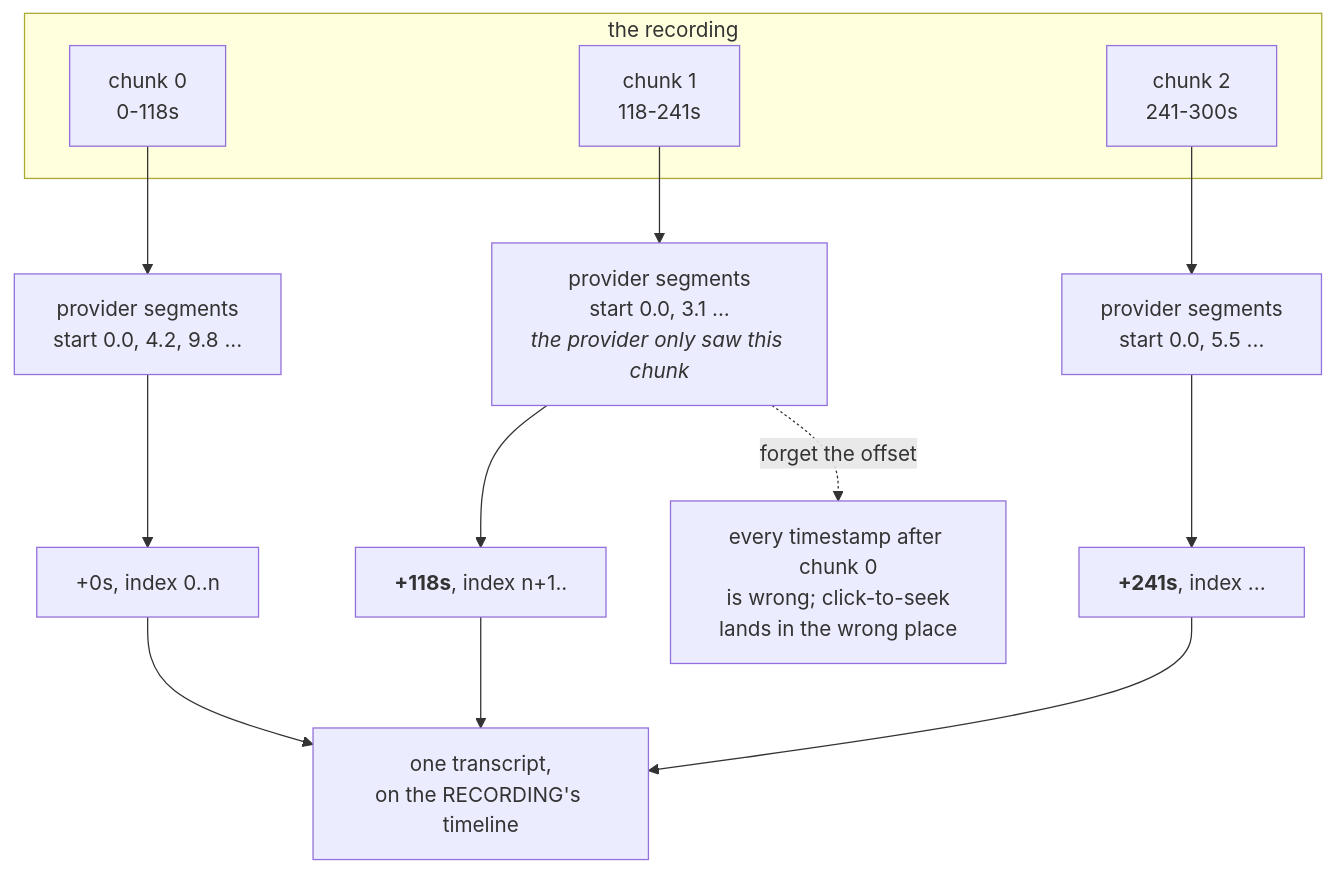
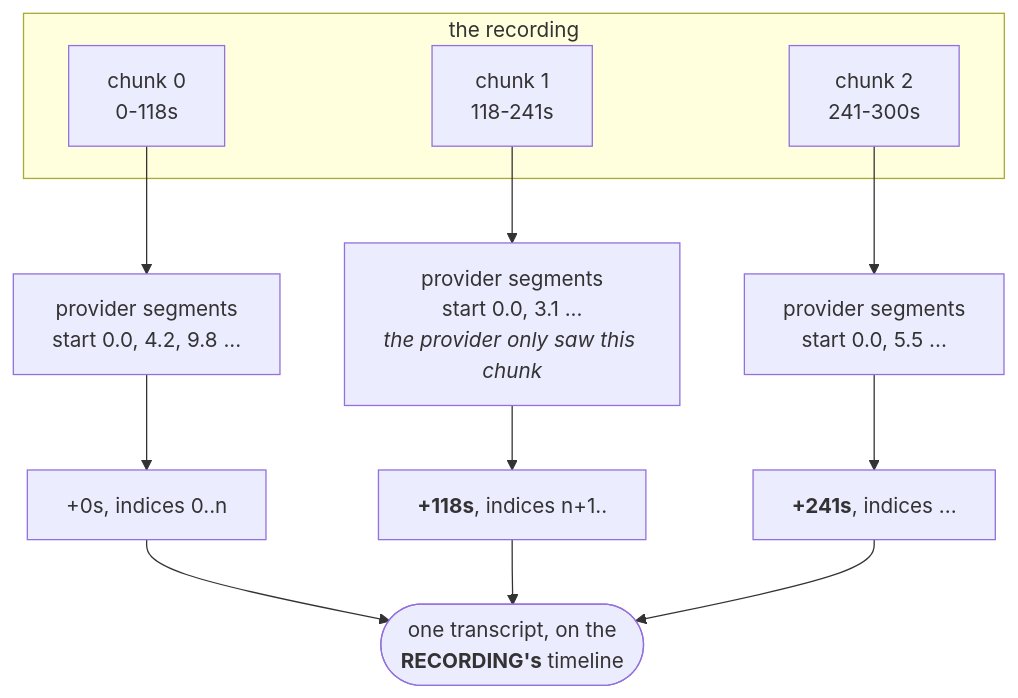
One commit to yrevash/aegis changed the third of 4 diagrams in docs/teaching/voice/40-diagrams.md. Above: the diagram before and after it, drawn with Mermaid. The commit also changed other lines of this file and 111 other files, not shown here.

````diff
--- a/docs/teaching/voice/40-diagrams.md
+++ b/docs/teaching/voice/40-diagrams.md
@@ -163,22 +109,21 @@
 ```mermaid
 flowchart TB
     subgraph REC["the recording"]
         C0["chunk 0<br/>0-118s"]
         C1["chunk 1<br/>118-241s"]
         C2["chunk 2<br/>241-300s"]
     end
 
     C0 --> P0["provider segments<br/>start 0.0, 4.2, 9.8 ..."]
     C1 --> P1["provider segments<br/>start 0.0, 3.1 ...<br/><i>the provider only saw this chunk</i>"]
     C2 --> P2["provider segments<br/>start 0.0, 5.5 ..."]
 
-    P0 --> M0["+0s, index 0..n"]
-    P1 --> M1["<b>+118s</b>, index n+1.."]
-    P2 --> M2["<b>+241s</b>, index ..."]
+    P0 --> M0["+0s, indices 0..n"]
+    P1 --> M1["<b>+118s</b>, indices n+1.."]
+    P2 --> M2["<b>+241s</b>, indices ..."]
 
-    M0 --> T["one transcript,<br/>on the RECORDING's timeline"]
+    M0 --> T
     M1 --> T
     M2 --> T
-
-    P1 -.->|"forget the offset"| WRONG["every timestamp after chunk 0<br/>is wrong; click-to-seek<br/>lands in the wrong place"]
+    T(["one transcript, on the<br/><b>RECORDING's</b> timeline"])
 ```
````
